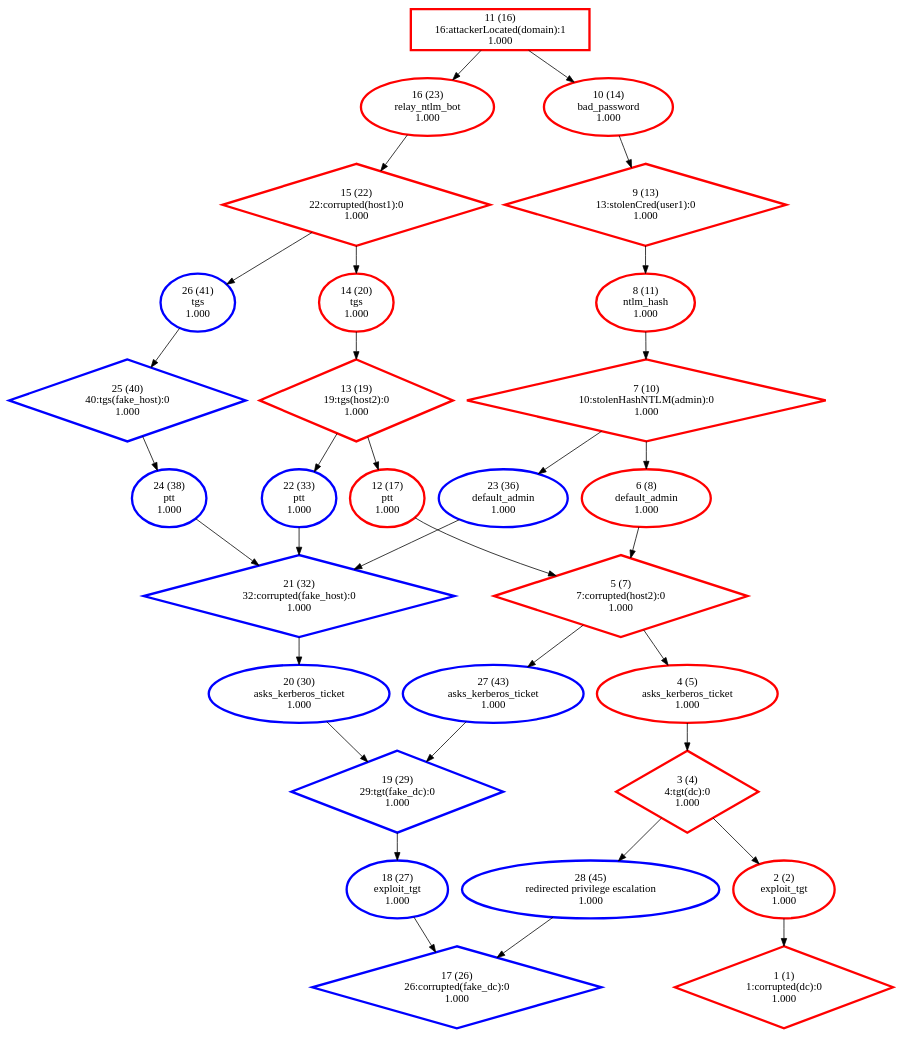
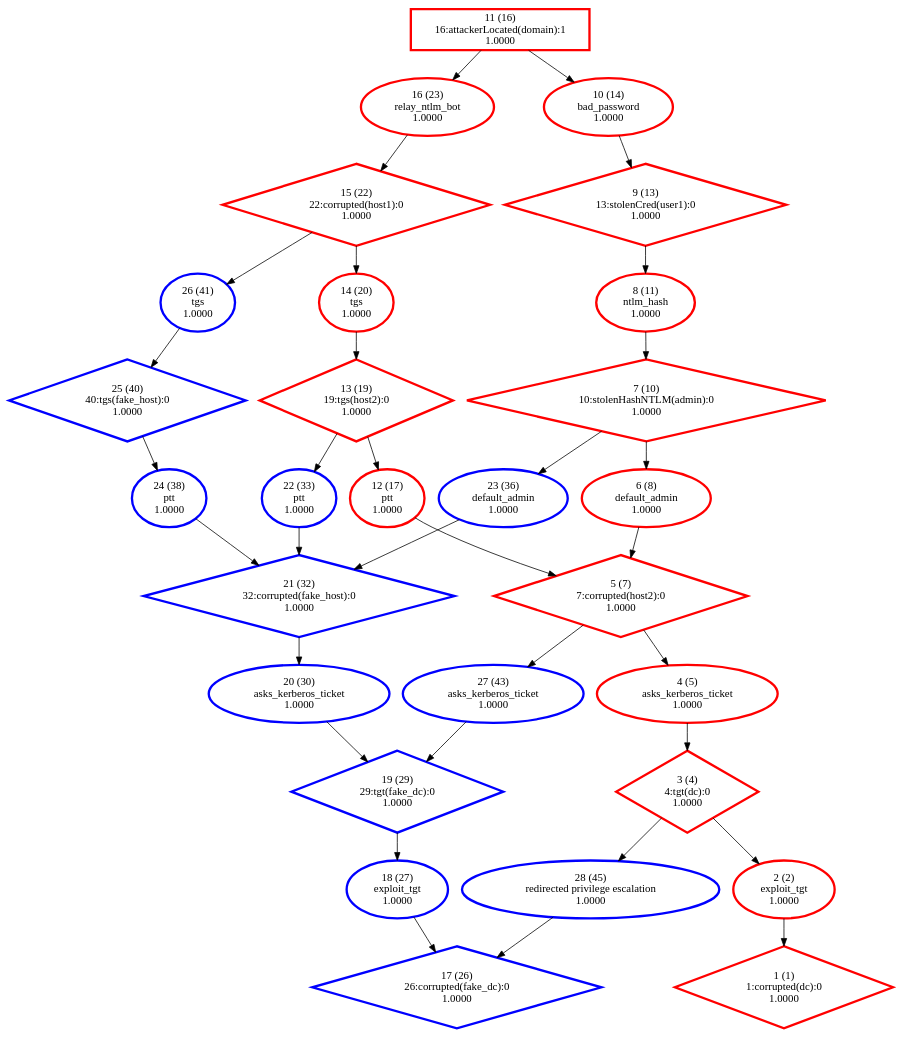
The diagram in Personnal_simulations/output_HightLevel/strongly_connected_components/BAG_ref.dot (NathanaeldeLaChesnais/attacker_profiling_for_BAG_with_honeypots), drawn with Graphviz before and after one commit. The commit also changed 8 other files, not shown here.

```diff
--- a/Personnal_simulations/output_HightLevel/strongly_connected_components/BAG_ref.dot
+++ b/Personnal_simulations/output_HightLevel/strongly_connected_components/BAG_ref.dot
@@ -1,62 +1,62 @@
 digraph G {
-  1 [label="1 (1)\n1:corrupted(dc):0\n1.000", color="#FF0000", penwidth=3, shape="diamond"];
-  2 [label="2 (2)\nexploit_tgt\n1.000", color="#FF0000", penwidth=3, shape="ellipse"];
-  3 [label="3 (4)\n4:tgt(dc):0\n1.000", color="#FF0000", penwidth=3, shape="diamond"];
-  4 [label="4 (5)\nasks_kerberos_ticket\n1.000", color="#FF0000", penwidth=3, shape="ellipse"];
-  5 [label="5 (7)\n7:corrupted(host2):0\n1.000", color="#FF0000", penwidth=3, shape="diamond"];
-  6 [label="6 (8)\ndefault_admin\n1.000", color="#FF0000", penwidth=3, shape="ellipse"];
-  7 [label="7 (10)\n10:stolenHashNTLM(admin):0\n1.000", color="#FF0000", penwidth=3, shape="diamond"];
-  8 [label="8 (11)\nntlm_hash\n1.000", color="#FF0000", penwidth=3, shape="ellipse"];
-  9 [label="9 (13)\n13:stolenCred(user1):0\n1.000", color="#FF0000", penwidth=3, shape="diamond"];
-  10 [label="10 (14)\nbad_password\n1.000", color="#FF0000", penwidth=3, shape="ellipse"];
-  11 [label="11 (16)\n16:attackerLocated(domain):1\n1.000", color="#FF0000", penwidth=3, shape="box"];
-  12 [label="12 (17)\nptt\n1.000", color="#FF0000", penwidth=3, shape="ellipse"];
-  13 [label="13 (19)\n19:tgs(host2):0\n1.000", color="#FF0000", penwidth=3, shape="diamond"];
-  14 [label="14 (20)\ntgs\n1.000", color="#FF0000", penwidth=3, shape="ellipse"];
-  15 [label="15 (22)\n22:corrupted(host1):0\n1.000", color="#FF0000", penwidth=3, shape="diamond"];
-  16 [label="16 (23)\nrelay_ntlm_bot\n1.000", color="#FF0000", penwidth=3, shape="ellipse"];
-  17 [label="17 (26)\n26:corrupted(fake_dc):0\n1.000", color="blue", penwidth=3, shape="diamond"];
-  18 [label="18 (27)\nexploit_tgt\n1.000", color="blue", penwidth=3, shape="ellipse"];
-  19 [label="19 (29)\n29:tgt(fake_dc):0\n1.000", color="blue", penwidth=3, shape="diamond"];
-  20 [label="20 (30)\nasks_kerberos_ticket\n1.000", color="blue", penwidth=3, shape="ellipse"];
-  21 [label="21 (32)\n32:corrupted(fake_host):0\n1.000", color="blue", penwidth=3, shape="diamond"];
-  22 [label="22 (33)\nptt\n1.000", color="blue", penwidth=3, shape="ellipse"];
-  23 [label="23 (36)\ndefault_admin\n1.000", color="blue", penwidth=3, shape="ellipse"];
-  24 [label="24 (38)\nptt\n1.000", color="blue", penwidth=3, shape="ellipse"];
-  25 [label="25 (40)\n40:tgs(fake_host):0\n1.000", color="blue", penwidth=3, shape="diamond"];
-  26 [label="26 (41)\ntgs\n1.000", color="blue", penwidth=3, shape="ellipse"];
-  27 [label="27 (43)\nasks_kerberos_ticket\n1.000", color="blue", penwidth=3, shape="ellipse"];
-  28 [label="28 (45)\nredirected privilege escalation\n1.000", color="blue", penwidth=3, shape="ellipse"];
+  1 [label="1 (1)\n1:corrupted(dc):0\n1.0000", color="#FF0000", penwidth=3, shape="diamond"];
+  2 [label="2 (2)\nexploit_tgt\n1.0000", color="#FF0000", penwidth=3, shape="ellipse"];
+  3 [label="3 (4)\n4:tgt(dc):0\n1.0000", color="#FF0000", penwidth=3, shape="diamond"];
+  4 [label="4 (5)\nasks_kerberos_ticket\n1.0000", color="#FF0000", penwidth=3, shape="ellipse"];
+  5 [label="5 (7)\n7:corrupted(host2):0\n1.0000", color="#FF0000", penwidth=3, shape="diamond"];
+  6 [label="6 (8)\ndefault_admin\n1.0000", color="#FF0000", penwidth=3, shape="ellipse"];
+  7 [label="7 (10)\n10:stolenHashNTLM(admin):0\n1.0000", color="#FF0000", penwidth=3, shape="diamond"];
+  8 [label="8 (11)\nntlm_hash\n1.0000", color="#FF0000", penwidth=3, shape="ellipse"];
+  9 [label="9 (13)\n13:stolenCred(user1):0\n1.0000", color="#FF0000", penwidth=3, shape="diamond"];
+  10 [label="10 (14)\nbad_password\n1.0000", color="#FF0000", penwidth=3, shape="ellipse"];
+  11 [label="11 (16)\n16:attackerLocated(domain):1\n1.0000", color="#FF0000", penwidth=3, shape="box"];
+  12 [label="12 (17)\nptt\n1.0000", color="#FF0000", penwidth=3, shape="ellipse"];
+  13 [label="13 (19)\n19:tgs(host2):0\n1.0000", color="#FF0000", penwidth=3, shape="diamond"];
+  14 [label="14 (20)\ntgs\n1.0000", color="#FF0000", penwidth=3, shape="ellipse"];
+  15 [label="15 (22)\n22:corrupted(host1):0\n1.0000", color="#FF0000", penwidth=3, shape="diamond"];
+  16 [label="16 (23)\nrelay_ntlm_bot\n1.0000", color="#FF0000", penwidth=3, shape="ellipse"];
+  17 [label="17 (26)\n26:corrupted(fake_dc):0\n1.0000", color="blue", penwidth=3, shape="diamond"];
+  18 [label="18 (27)\nexploit_tgt\n1.0000", color="blue", penwidth=3, shape="ellipse"];
+  19 [label="19 (29)\n29:tgt(fake_dc):0\n1.0000", color="blue", penwidth=3, shape="diamond"];
+  20 [label="20 (30)\nasks_kerberos_ticket\n1.0000", color="blue", penwidth=3, shape="ellipse"];
+  21 [label="21 (32)\n32:corrupted(fake_host):0\n1.0000", color="blue", penwidth=3, shape="diamond"];
+  22 [label="22 (33)\nptt\n1.0000", color="blue", penwidth=3, shape="ellipse"];
+  23 [label="23 (36)\ndefault_admin\n1.0000", color="blue", penwidth=3, shape="ellipse"];
+  24 [label="24 (38)\nptt\n1.0000", color="blue", penwidth=3, shape="ellipse"];
+  25 [label="25 (40)\n40:tgs(fake_host):0\n1.0000", color="blue", penwidth=3, shape="diamond"];
+  26 [label="26 (41)\ntgs\n1.0000", color="blue", penwidth=3, shape="ellipse"];
+  27 [label="27 (43)\nasks_kerberos_ticket\n1.0000", color="blue", penwidth=3, shape="ellipse"];
+  28 [label="28 (45)\nredirected privilege escalation\n1.0000", color="blue", penwidth=3, shape="ellipse"];
   "11" -> "10";
   "11" -> "16";
   "10" -> "9";
   "9" -> "8";
   "8" -> "7";
   "7" -> "6";
   "7" -> "23";
   "6" -> "5";
   "5" -> "4";
   "5" -> "27";
   "16" -> "15";
   "15" -> "14";
   "15" -> "26";
   "14" -> "13";
   "13" -> "12";
   "13" -> "22";
   "12" -> "5";
   "4" -> "3";
   "3" -> "2";
   "3" -> "28";
   "2" -> "1";
   "22" -> "21";
   "21" -> "20";
   "23" -> "21";
   "26" -> "25";
   "25" -> "24";
   "24" -> "21";
   "20" -> "19";
   "19" -> "18";
   "27" -> "19";
   "18" -> "17";
   "28" -> "17";
 }
```
